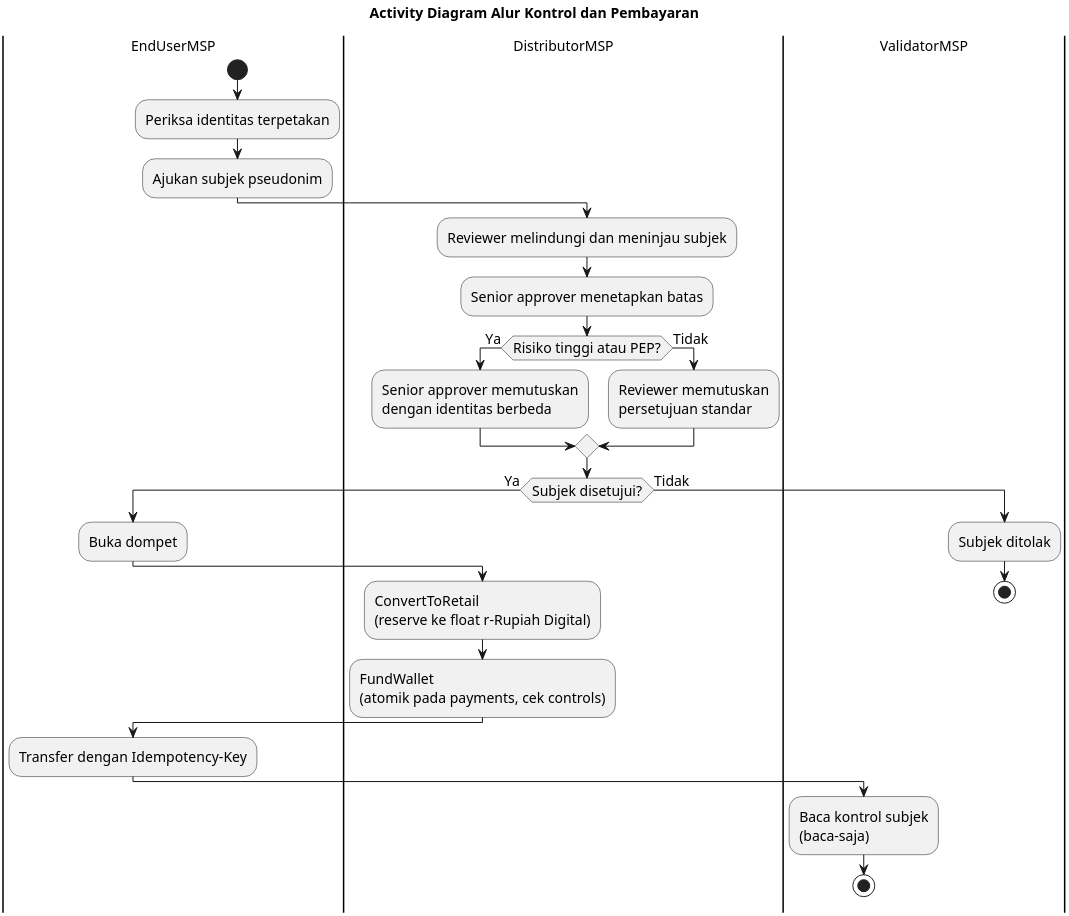
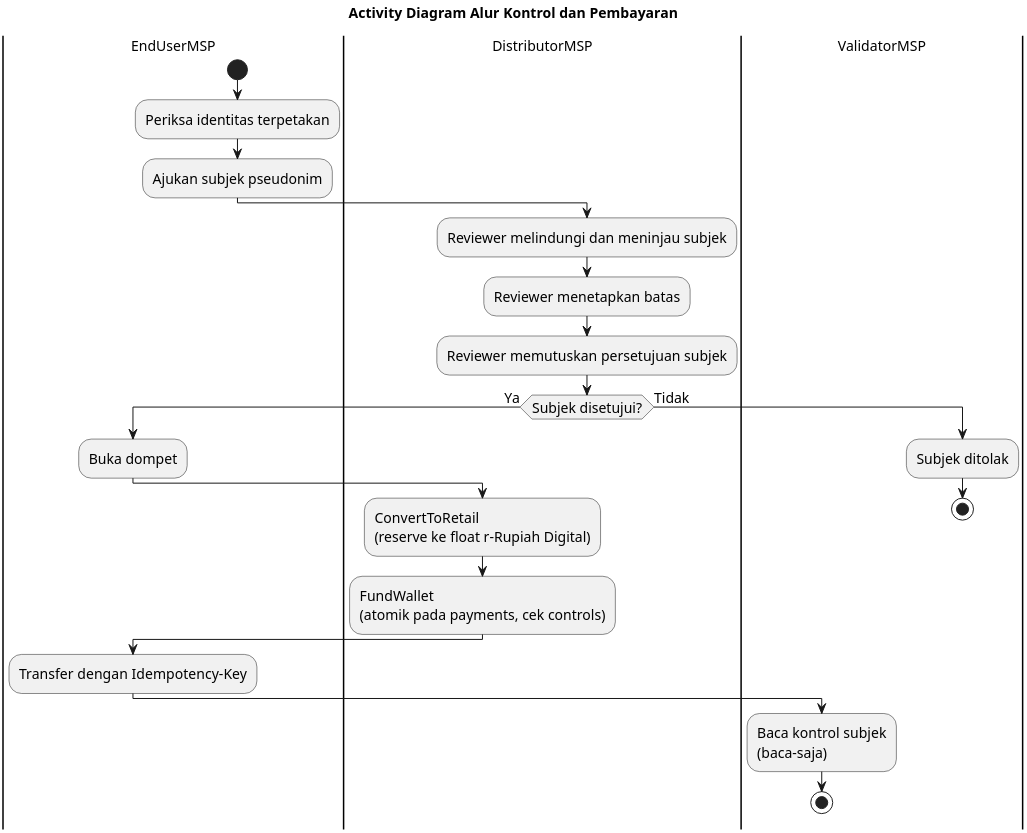
The diagram in bi-coin-fabric/docs/diagrams/plantuml/controls-study-activity.puml (mfachrizalg/bi-coin), drawn with PlantUML before and after one commit. The commit also changed 37 other files, not shown here.

```diff
--- a/bi-coin-fabric/docs/diagrams/plantuml/controls-study-activity.puml
+++ b/bi-coin-fabric/docs/diagrams/plantuml/controls-study-activity.puml
@@ -1,36 +1,32 @@
 @startuml controls-study-activity
 title Activity Diagram Alur Kontrol dan Pembayaran
 skinparam monochrome true
 skinparam dpi 300
 skinparam defaultFontName Arial
 skinparam defaultFontSize 14
 skinparam shadowing false
 
 |EndUserMSP|
 start
 :Periksa identitas terpetakan;
 :Ajukan subjek pseudonim;
 |DistributorMSP|
 :Reviewer melindungi dan meninjau subjek;
-:Senior approver menetapkan batas;
-if (Risiko tinggi atau PEP?) then (Ya)
-  :Senior approver memutuskan\ndengan identitas berbeda;
-else (Tidak)
-  :Reviewer memutuskan\npersetujuan standar;
-endif
+:Reviewer menetapkan batas;
+:Reviewer memutuskan persetujuan subjek;
 if (Subjek disetujui?) then (Ya)
   |EndUserMSP|
   :Buka dompet;
   |DistributorMSP|
   :ConvertToRetail\n(reserve ke float r-Rupiah Digital);
   :FundWallet\n(atomik pada payments, cek controls);
   |EndUserMSP|
   :Transfer dengan Idempotency-Key;
   |ValidatorMSP|
   :Baca kontrol subjek\n(baca-saja);
   stop
 else (Tidak)
   :Subjek ditolak;
   stop
 endif
 @enduml
```
